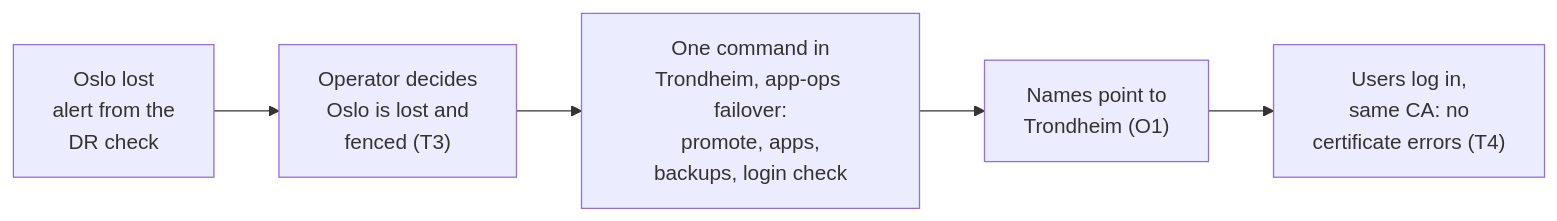
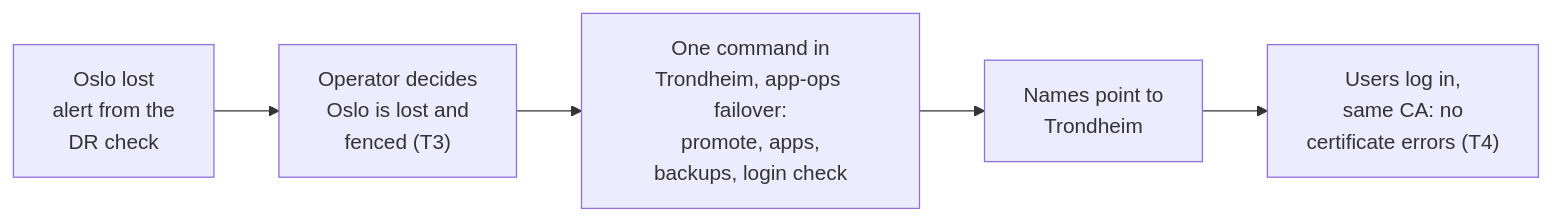
The second of 2 diagrams in docs/TARGET-PICTURE.md (gunstein/podman_test), drawn with Mermaid before and after one commit. The commit also changed other lines of this file and 15 other files, not shown here.

````diff
--- a/docs/TARGET-PICTURE.md
+++ b/docs/TARGET-PICTURE.md
@@ -44,7 +44,7 @@
 ```mermaid
 flowchart LR
   a["Oslo lost<br>alert from the<br>DR check"] --> b["Operator decides<br>Oslo is lost and<br>fenced (T3)"]
   b --> c["One command in<br>Trondheim, app-ops failover:<br>promote, apps,<br>backups, login check"]
-  c --> d["Names point to<br>Trondheim (O1)"]
+  c --> d["Names point to<br>Trondheim"]
   d --> e["Users log in,<br>same CA: no<br>certificate errors (T4)"]
 ```
````
